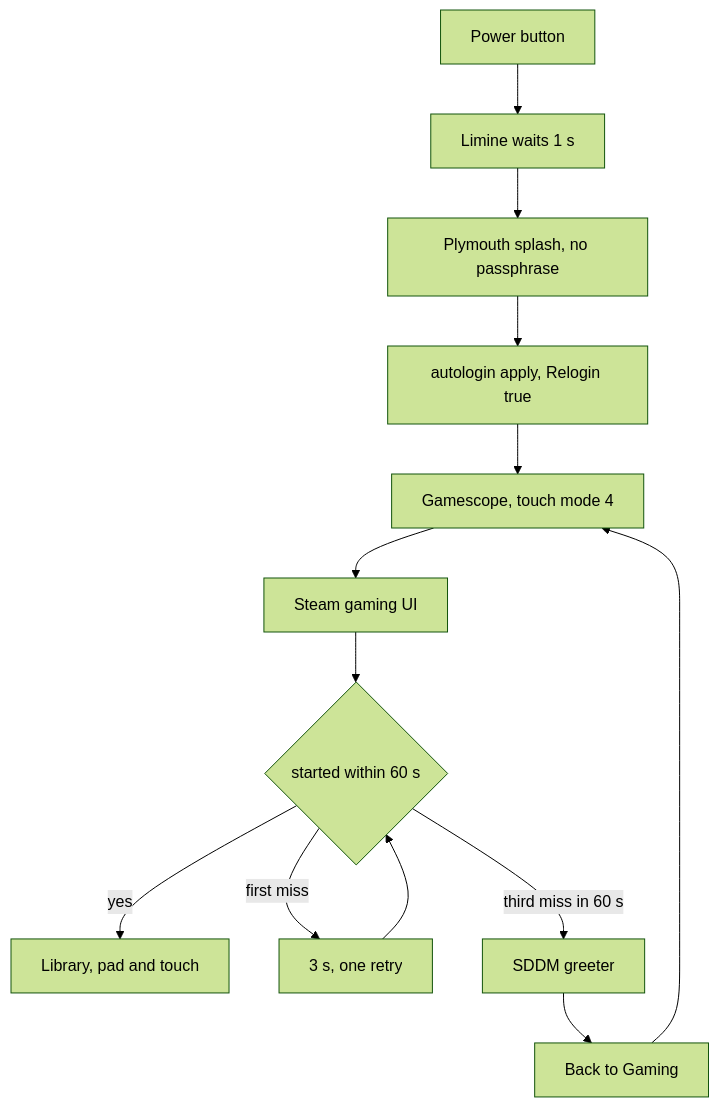
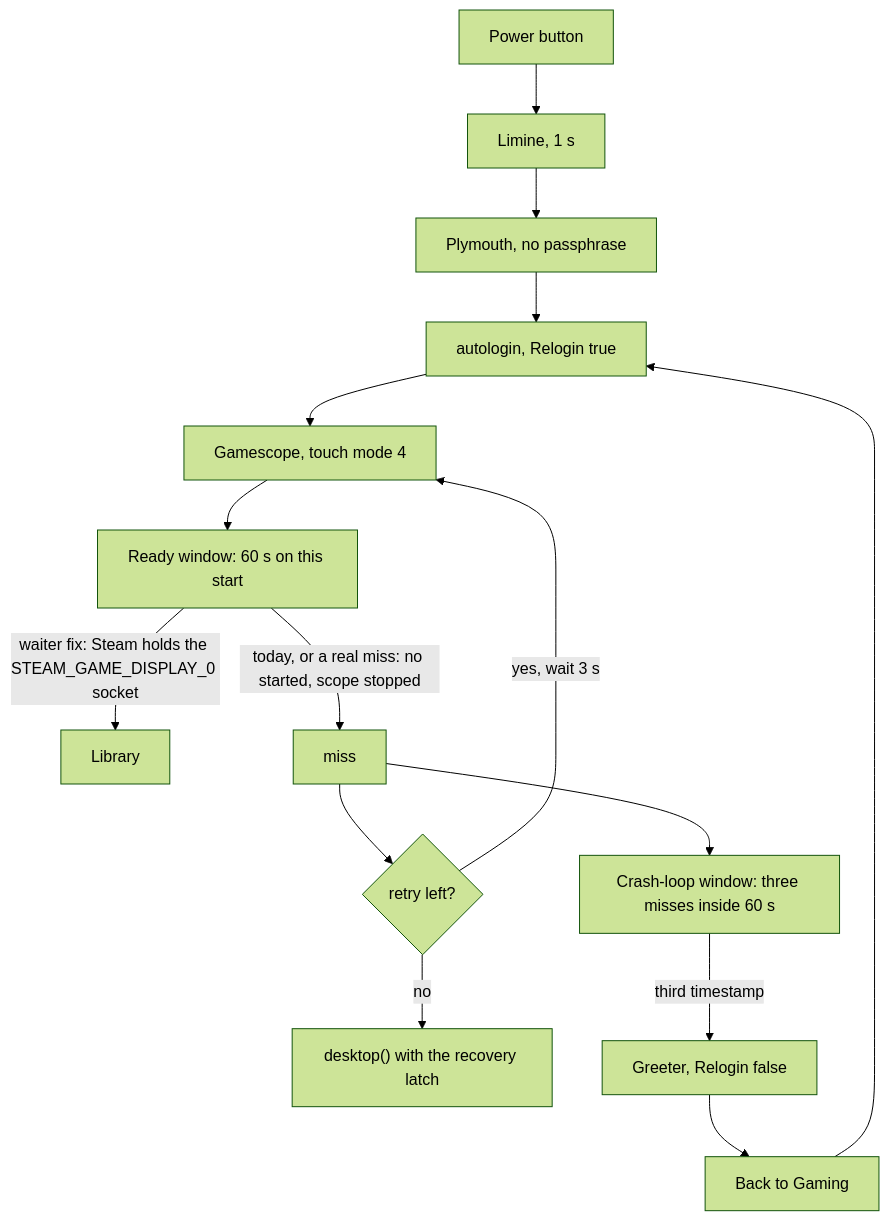
The diagram in docs/handheld/09-keyboard-free-boot.md (DanielJBurbridge/omarchy), drawn with Mermaid (forest theme) before and after one commit. The commit also changed other lines of this file and 1 other file, not shown here.

````diff
--- a/docs/handheld/09-keyboard-free-boot.md
+++ b/docs/handheld/09-keyboard-free-boot.md
@@ -53,15 +53,17 @@
 ```mermaid
 flowchart TD
-  power[Power button] --> limine[Limine waits 1 s]
-  limine --> plymouth[Plymouth splash, no passphrase]
-  plymouth --> apply[autologin apply, Relogin true]
-  apply --> gamescope[Gamescope, touch mode 4]
-  gamescope --> steam[Steam gaming UI]
-  steam --> ready{started within 60 s}
-  ready -->|yes| library[Library, pad and touch]
-  ready -->|first miss| retry[3 s, one retry]
-  retry --> ready
-  ready -->|third miss in 60 s| greeter[SDDM greeter]
+  power[Power button] --> limine[Limine, 1 s]
+  limine --> plymouth[Plymouth, no passphrase]
+  plymouth --> apply[autologin, Relogin true]
+  apply --> attempt[Gamescope, touch mode 4]
+  attempt --> ready["Ready window: 60 s on this start"]
+  ready -->|waiter fix: Steam holds the STEAM_GAME_DISPLAY_0 socket| library[Library]
+  ready -->|today, or a real miss: no started, scope stopped| miss[miss]
+  miss --> retry{retry left?}
+  retry -->|yes, wait 3 s| attempt
+  retry -->|no| desk["desktop() with the recovery latch"]
+  miss --> crash["Crash-loop window: three misses inside 60 s"]
+  crash -->|third timestamp| greeter[Greeter, Relogin false]
   greeter --> back[Back to Gaming]
-  back --> gamescope
+  back --> apply
 ```
````
